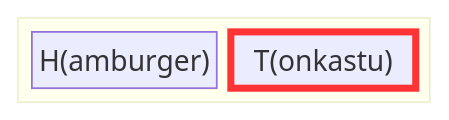
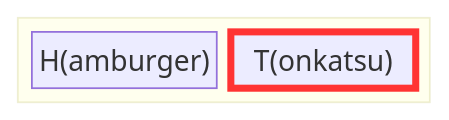
One commit to josephausterweil/probintro changed the fourth of 6 diagrams in content/intro/04_conditional.md. Above: the diagram before and after it, drawn with Mermaid. The commit also changed other lines of this file and 45 other files, not shown here.

````diff
--- a/content/intro/04_conditional.md
+++ b/content/intro/04_conditional.md
@@ -85,9 +111,9 @@
 ```mermaid
 block-beta
     block
         columns 2
-        a["H(amburger)"] b["T(onkastu)"]
+        a["H(amburger)"] b["T(onkatsu)"]
     end
         style b stroke: #f33, stroke-width:4px
 
 ```
````
